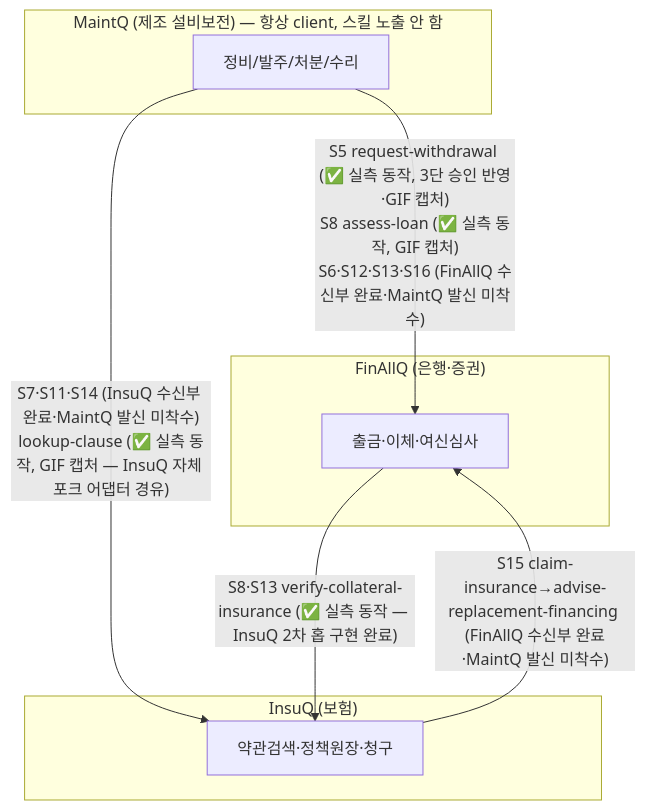
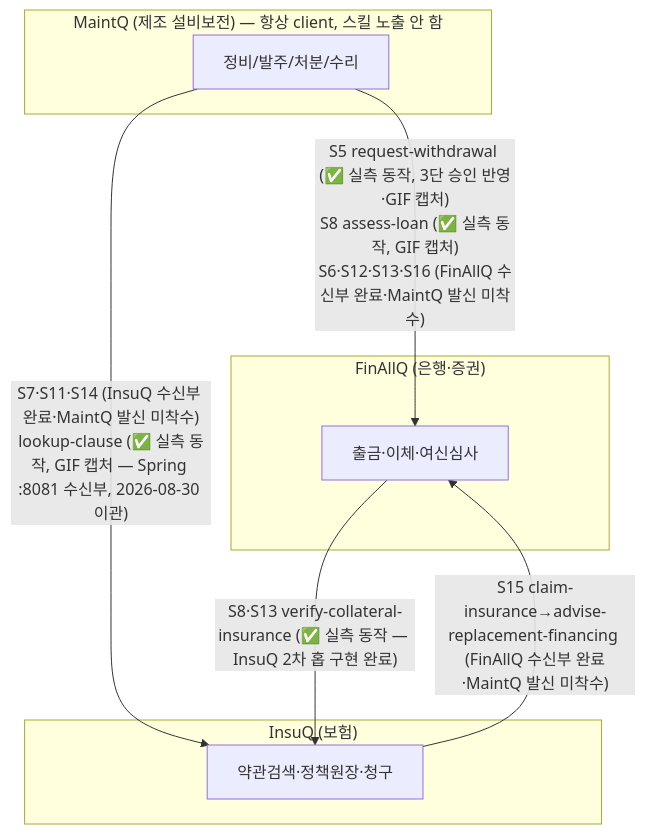
One commit to ttogle918/QMesh changed the first of 8 diagrams in A2A_DIAGRAMS.md. Above: the diagram before and after it, drawn with Mermaid. The commit also changed other lines of this file, not shown here.

First line of the commit message:
docs: A2A_DIAGRAMS v1.5 — lookup-clause Spring 이관 반영

````diff
--- a/A2A_DIAGRAMS.md
+++ b/A2A_DIAGRAMS.md
@@ -110,17 +123,17 @@
 ```mermaid
 flowchart TD
     subgraph MAINTQ ["MaintQ (제조 설비보전) — 항상 client, 스킬 노출 안 함"]
         M["정비/발주/처분/수리"]
     end
     subgraph FINALLQ ["FinAllQ (은행·증권)"]
         F["출금·이체·여신심사"]
     end
     subgraph INSUQ ["InsuQ (보험)"]
         I["약관검색·정책원장·청구"]
     end
 
     M -- "S5 request-withdrawal (✅ 실측 동작, 3단 승인 반영·GIF 캡처)<br>S8 assess-loan (✅ 실측 동작, GIF 캡처)<br>S6·S12·S13·S16 (FinAllQ 수신부 완료·MaintQ 발신 미착수)" --> F
-    M -- "S7·S11·S14 (InsuQ 수신부 완료·MaintQ 발신 미착수)<br>lookup-clause (✅ 실측 동작, GIF 캡처 — InsuQ 자체 포크 어댑터 경유)" --> I
+    M -- "S7·S11·S14 (InsuQ 수신부 완료·MaintQ 발신 미착수)<br>lookup-clause (✅ 실측 동작, GIF 캡처 — Spring :8081 수신부, 2026-08-30 이관)" --> I
     F -- "S8·S13 verify-collateral-insurance (✅ 실측 동작 — InsuQ 2차 홉 구현 완료)" --> I
     I -- "S15 claim-insurance→advise-replacement-financing (FinAllQ 수신부 완료·MaintQ 발신 미착수)" --> F
 ```
````
